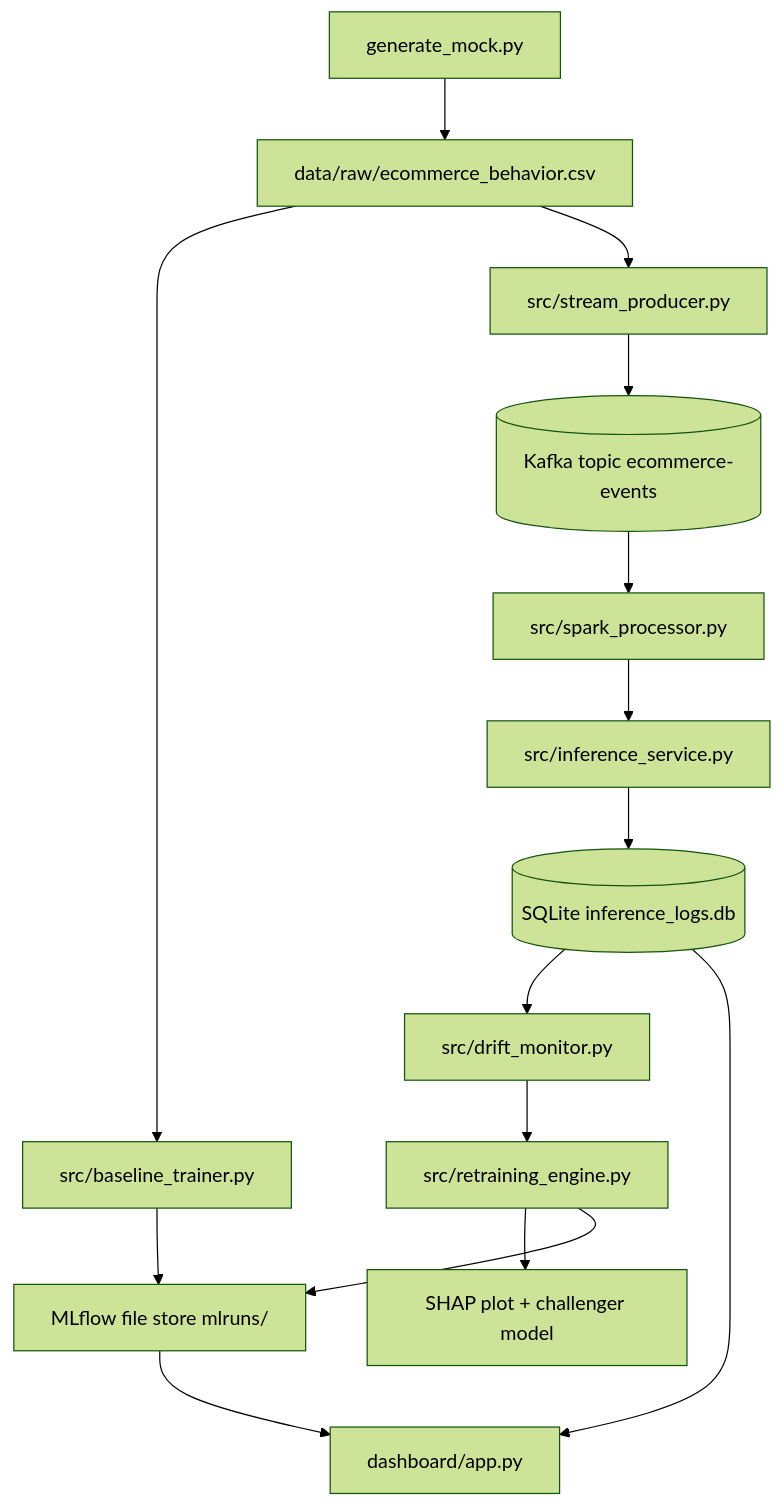
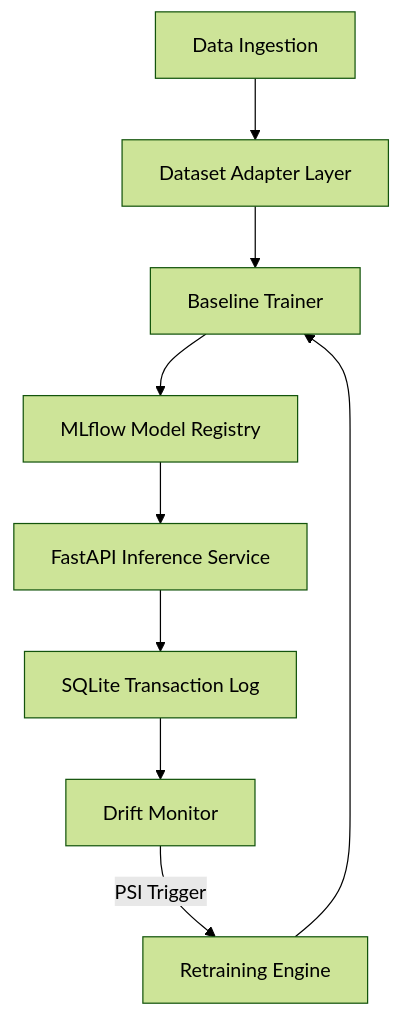
One commit to arnavnaik22/ARES changed the diagram in README.md. Above: the diagram before and after it, drawn with Mermaid (forest theme). The commit also changed other lines of this file and 57 other files, not shown here.

````diff
--- a/README.md
+++ b/README.md
@@ -26,20 +20,11 @@
 ```mermaid
 graph TD
-    A[generate_mock.py] --> B[data/raw/ecommerce_behavior.csv]
-    B --> C[src/baseline_trainer.py]
-    C --> D[MLflow file store mlruns/]
-
-    B --> E[src/stream_producer.py]
-    E --> F[(Kafka topic ecommerce-events)]
-    F --> G[src/spark_processor.py]
-    G --> H[src/inference_service.py]
-    H --> I[(SQLite inference_logs.db)]
-
-    I --> J[src/drift_monitor.py]
-    J --> K[src/retraining_engine.py]
-    K --> L[SHAP plot + challenger model]
-    K --> D
-
-    I --> M[dashboard/app.py]
-    D --> M
+    A[Data Ingestion] --> B[Dataset Adapter Layer]
+    B --> C[Baseline Trainer]
+    C --> D[MLflow Model Registry]
+    D --> E[FastAPI Inference Service]
+    E --> F[SQLite Transaction Log]
+    F --> G[Drift Monitor]
+    G -- PSI Trigger --> H[Retraining Engine]
+    H --> C
 ```
````
